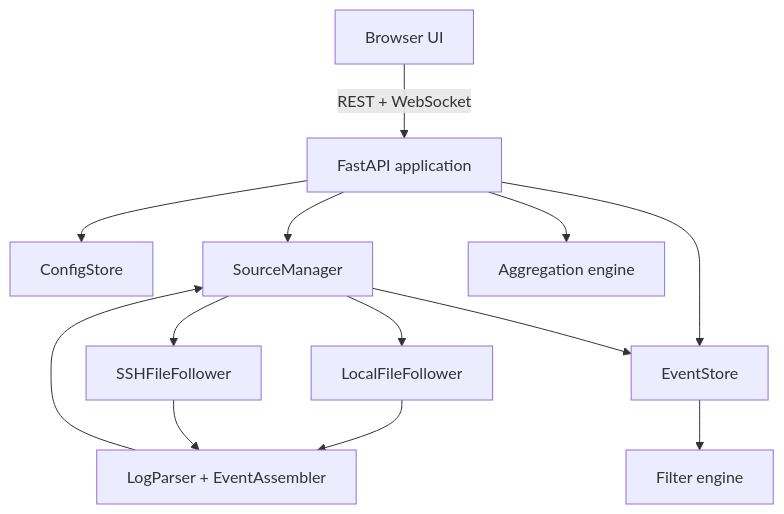
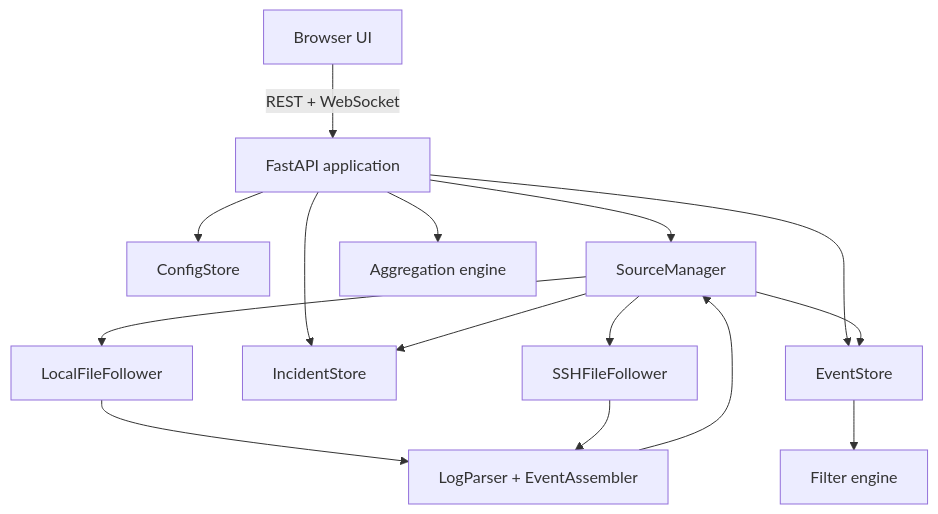
One commit to DanGiun/log-monitor changed the first of 2 diagrams in docs/ARCHITECTURE.md. Above: the diagram before and after it, drawn with Mermaid. The commit also changed other lines of this file and 20 other files, not shown here.

````diff
--- a/docs/ARCHITECTURE.md
+++ b/docs/ARCHITECTURE.md
@@ -5,15 +5,17 @@
 ```mermaid
 flowchart TD
     UI["Browser UI"] -->|"REST + WebSocket"| API["FastAPI application"]
     API --> CFG["ConfigStore"]
     API --> MGR["SourceManager"]
     API --> DB["EventStore"]
+    API --> IDB["IncidentStore"]
     API --> AGG["Aggregation engine"]
     MGR --> LOCAL["LocalFileFollower"]
     MGR --> SSH["SSHFileFollower"]
     LOCAL --> PARSER["LogParser + EventAssembler"]
     SSH --> PARSER
     PARSER --> MGR
     MGR --> DB
+    MGR --> IDB
     DB --> FILTER["Filter engine"]
 ```
````
